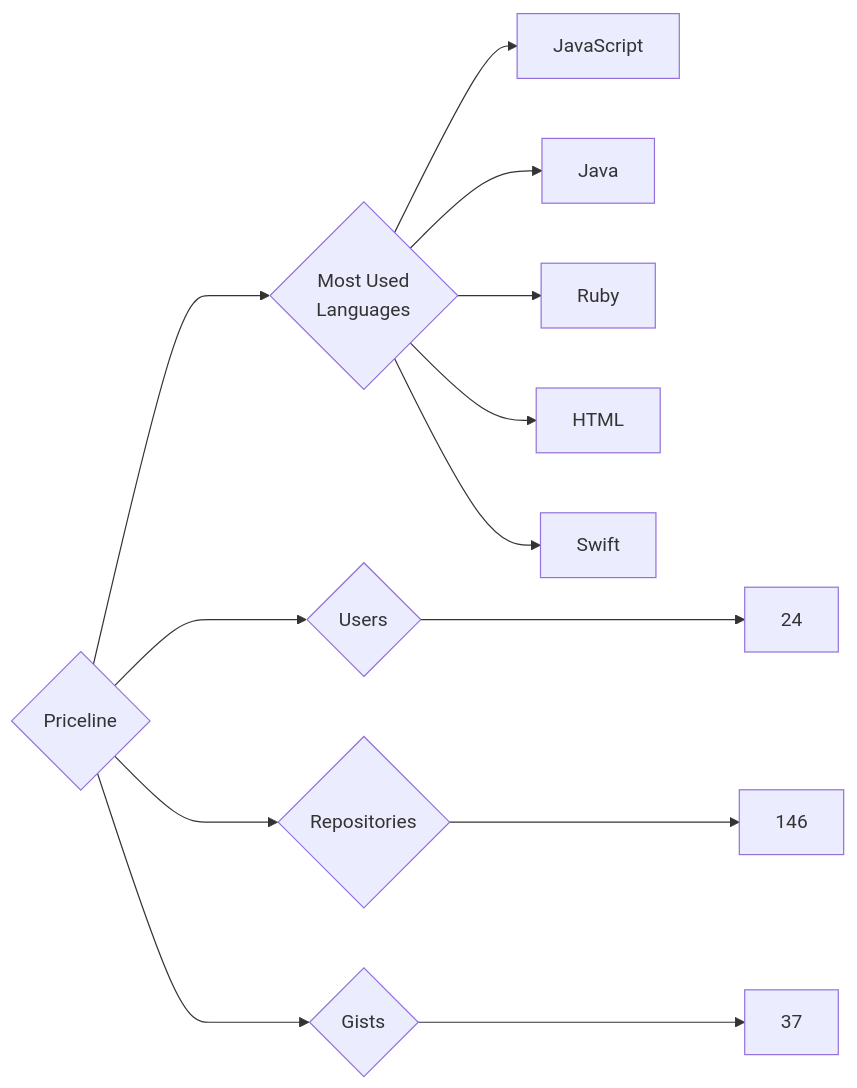
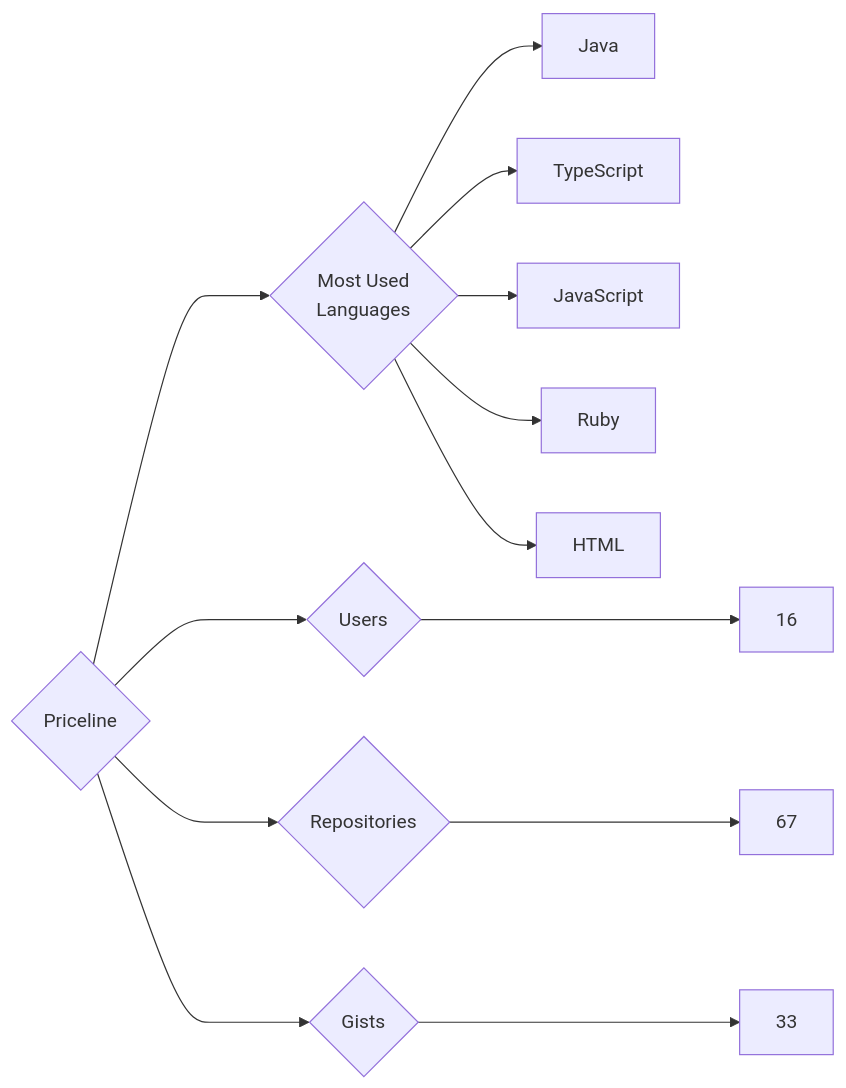
Before and after one commit to trickest/insiders: the diagram in targets/Priceline/README.md, drawn with Mermaid. The commit also changed 948 other files, not shown here.

````diff
--- a/targets/Priceline/README.md
+++ b/targets/Priceline/README.md
@@ -3,13 +3,13 @@
 ```mermaid
 graph LR
 COMPANY_NAME{Priceline}
-COMPANY_NAME ---> U{Users} ---> UN[24]
-COMPANY_NAME ---> R{Repositories} ---> RN[146]
-COMPANY_NAME ---> G{Gists} ---> GN[37]
+COMPANY_NAME ---> U{Users} ---> UN[16]
+COMPANY_NAME ---> R{Repositories} ---> RN[67]
+COMPANY_NAME ---> G{Gists} ---> GN[33]
 COMPANY_NAME ---> ML{Most Used<br>Languages}
+ML --> Java[Java]
+ML --> TypeScript[TypeScript]
 ML --> JavaScript[JavaScript]
-ML --> Java[Java]
 ML --> Ruby[Ruby]
 ML --> HTML[HTML]
-ML --> Swift[Swift]
 ```
````
